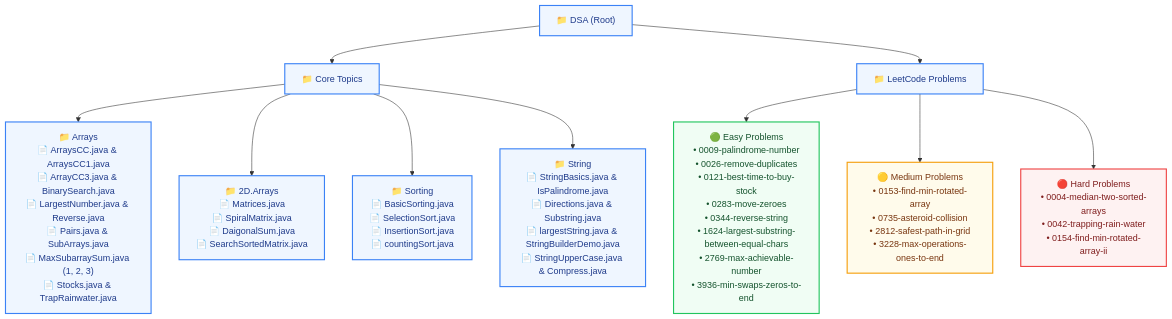
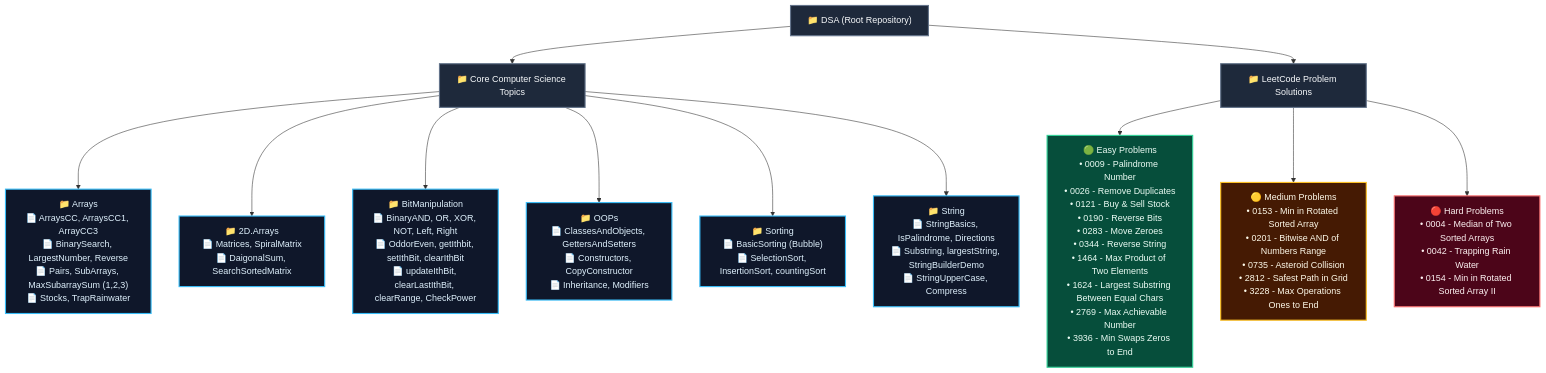
The diagram in README.md (raghuvanshi-sec/DSA), drawn with Mermaid before and after one commit. The commit also changed other lines of this file and 4 other files, not shown here.

Commit message:
feat: add solutions for LeetCode 1464 and 0201 with updated repository documentation

````diff
--- a/README.md
+++ b/README.md
@@ -22,30 +154,34 @@
 ```mermaid
 flowchart TD
-    DSA["📁 DSA (Root)"]
+    DSA["📁 DSA (Root Repository)"]
     
-    %% Core Categories
-    DSA --> Core["📁 Core Topics"]
-    DSA --> LC["📁 LeetCode Problems"]
+    %% Categories
+    DSA --> Core["📁 Core Computer Science Topics"]
+    DSA --> LC["📁 LeetCode Problem Solutions"]
     
-    %% Core Topics Breakdown
-    Core --> Arrays["📁 Arrays<br/>📄 ArraysCC.java & ArraysCC1.java<br/>📄 ArrayCC3.java & BinarySearch.java<br/>📄 LargestNumber.java & Reverse.java<br/>📄 Pairs.java & SubArrays.java<br/>📄 MaxSubarraySum.java (1, 2, 3)<br/>📄 Stocks.java & TrapRainwater.java"]
-    Core --> 2DArrays["📁 2D.Arrays<br/>📄 Matrices.java<br/>📄 SpiralMatrix.java<br/>📄 DaigonalSum.java<br/>📄 SearchSortedMatrix.java"]
-    Core --> Sorting["📁 Sorting<br/>📄 BasicSorting.java<br/>📄 SelectionSort.java<br/>📄 InsertionSort.java<br/>📄 countingSort.java"]
-    Core --> String["📁 String<br/>📄 StringBasics.java & IsPalindrome.java<br/>📄 Directions.java & Substring.java<br/>📄 largestString.java & StringBuilderDemo.java<br/>📄 StringUpperCase.java & Compress.java"]
+    %% Core Breakdown
+    Core --> Arrays["📁 Arrays<br/>📄 ArraysCC, ArraysCC1, ArrayCC3<br/>📄 BinarySearch, LargestNumber, Reverse<br/>📄 Pairs, SubArrays, MaxSubarraySum (1,2,3)<br/>📄 Stocks, TrapRainwater"]
+    Core --> 2DArrays["📁 2D.Arrays<br/>📄 Matrices, SpiralMatrix<br/>📄 DaigonalSum, SearchSortedMatrix"]
+    Core --> Bitwise["📁 BitManipulation<br/>📄 BinaryAND, OR, XOR, NOT, Left, Right<br/>📄 OddorEven, getIthbit, setIthBit, clearIthBit<br/>📄 updateIthBit, clearLastIthBit, clearRange, CheckPower"]
+    Core --> OOPs["📁 OOPs<br/>📄 ClassesAndObjects, GettersAndSetters<br/>📄 Constructors, CopyConstructor<br/>📄 Inheritance, Modifiers"]
+    Core --> Sorting["📁 Sorting<br/>📄 BasicSorting (Bubble)<br/>📄 SelectionSort, InsertionSort, countingSort"]
+    Core --> String["📁 String<br/>📄 StringBasics, IsPalindrome, Directions<br/>📄 Substring, largestString, StringBuilderDemo<br/>📄 StringUpperCase, Compress"]
     
     %% LeetCode Breakdown
-    LC --> LCEasy["🟢 Easy Problems<br/>• 0009-palindrome-number<br/>• 0026-remove-duplicates<br/>• 0121-best-time-to-buy-stock<br/>• 0283-move-zeroes<br/>• 0344-reverse-string<br/>• 1624-largest-substring-between-equal-chars<br/>• 2769-max-achievable-number<br/>• 3936-min-swaps-zeros-to-end"]
-    LC --> LCMed["🟡 Medium Problems<br/>• 0153-find-min-rotated-array<br/>• 0735-asteroid-collision<br/>• 2812-safest-path-in-grid<br/>• 3228-max-operations-ones-to-end"]
-    LC --> LCHard["🔴 Hard Problems<br/>• 0004-median-two-sorted-arrays<br/>• 0042-trapping-rain-water<br/>• 0154-find-min-rotated-array-ii"]
+    LC --> Easy["🟢 Easy Problems<br/>• 0009 - Palindrome Number<br/>• 0026 - Remove Duplicates<br/>• 0121 - Buy & Sell Stock<br/>• 0190 - Reverse Bits<br/>• 0283 - Move Zeroes<br/>• 0344 - Reverse String<br/>• 1464 - Max Product of Two Elements<br/>• 1624 - Largest Substring Between Equal Chars<br/>• 2769 - Max Achievable Number<br/>• 3936 - Min Swaps Zeros to End"]
+    LC --> Medium["🟡 Medium Problems<br/>• 0153 - Min in Rotated Sorted Array<br/>• 0201 - Bitwise AND of Numbers Range<br/>• 0735 - Asteroid Collision<br/>• 2812 - Safest Path in Grid<br/>• 3228 - Max Operations Ones to End"]
+    LC --> Hard["🔴 Hard Problems<br/>• 0004 - Median of Two Sorted Arrays<br/>• 0042 - Trapping Rain Water<br/>• 0154 - Min in Rotated Sorted Array II"]
 
     %% Styling
-    classDef folder fill:#eff6ff,stroke:#3b82f6,stroke-width:2px,color:#1e3a8a;
-    classDef easy fill:#f0fdf4,stroke:#22c55e,stroke-width:2px,color:#14532d;
-    classDef medium fill:#fffbeb,stroke:#f59e0b,stroke-width:2px,color:#78350f;
-    classDef hard fill:#fef2f2,stroke:#ef4444,stroke-width:2px,color:#7f1d1d;
+    classDef main fill:#1e293b,stroke:#64748b,stroke-width:2px,color:#f8fafc;
+    classDef folder fill:#0f172a,stroke:#38bdf8,stroke-width:2px,color:#e0f2fe;
+    classDef easy fill:#064e3b,stroke:#34d399,stroke-width:2px,color:#ecfdf5;
+    classDef medium fill:#451a03,stroke:#fbbf24,stroke-width:2px,color:#fffbeb;
+    classDef hard fill:#4c0519,stroke:#f87171,stroke-width:2px,color:#fef2f2;
     
-    class DSA,Core,LC,Arrays,2DArrays,Sorting,String folder;
-    class LCEasy easy;
-    class LCMed medium;
-    class LCHard hard;
+    class DSA,Core,LC main;
+    class Arrays,2DArrays,Bitwise,OOPs,Sorting,String folder;
+    class Easy easy;
+    class Medium medium;
+    class Hard hard;
 ```
````
